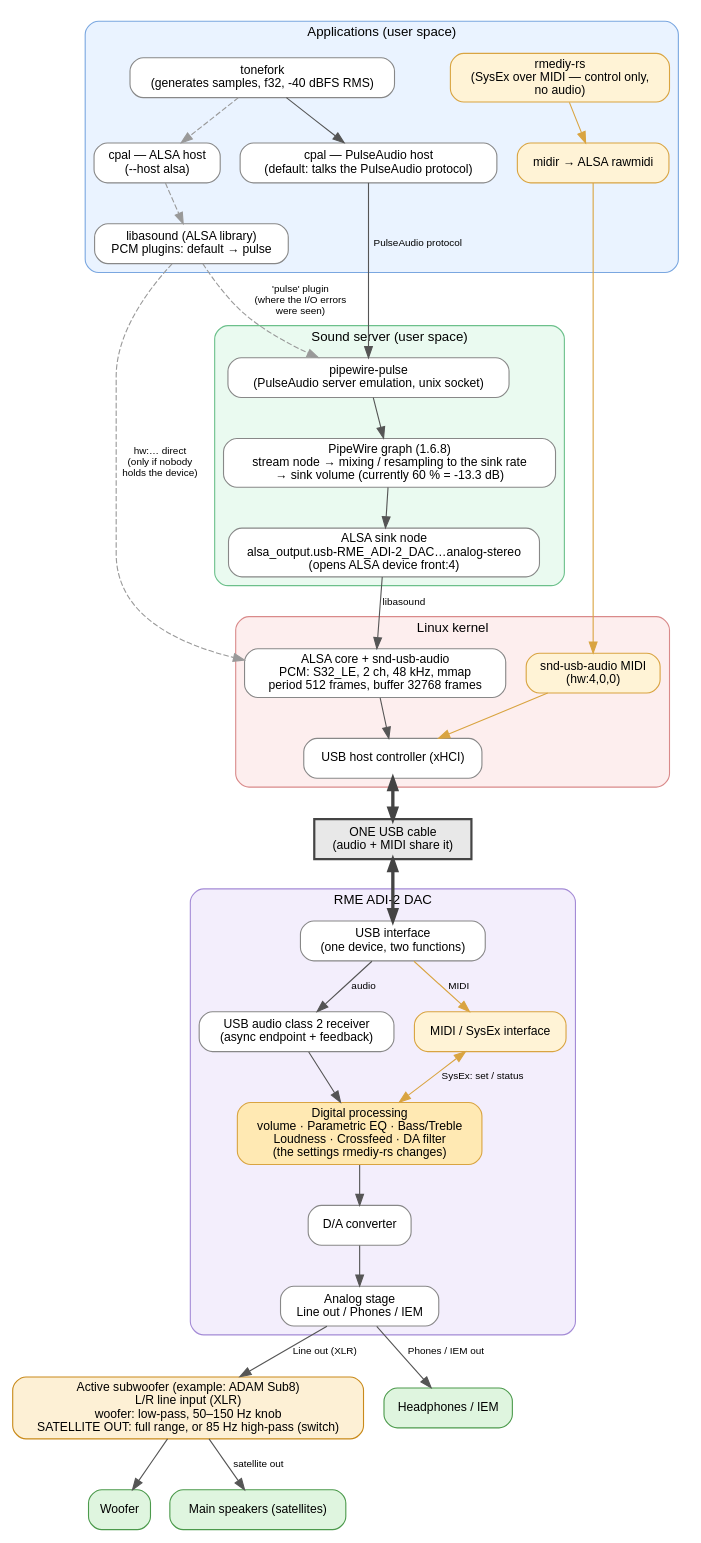
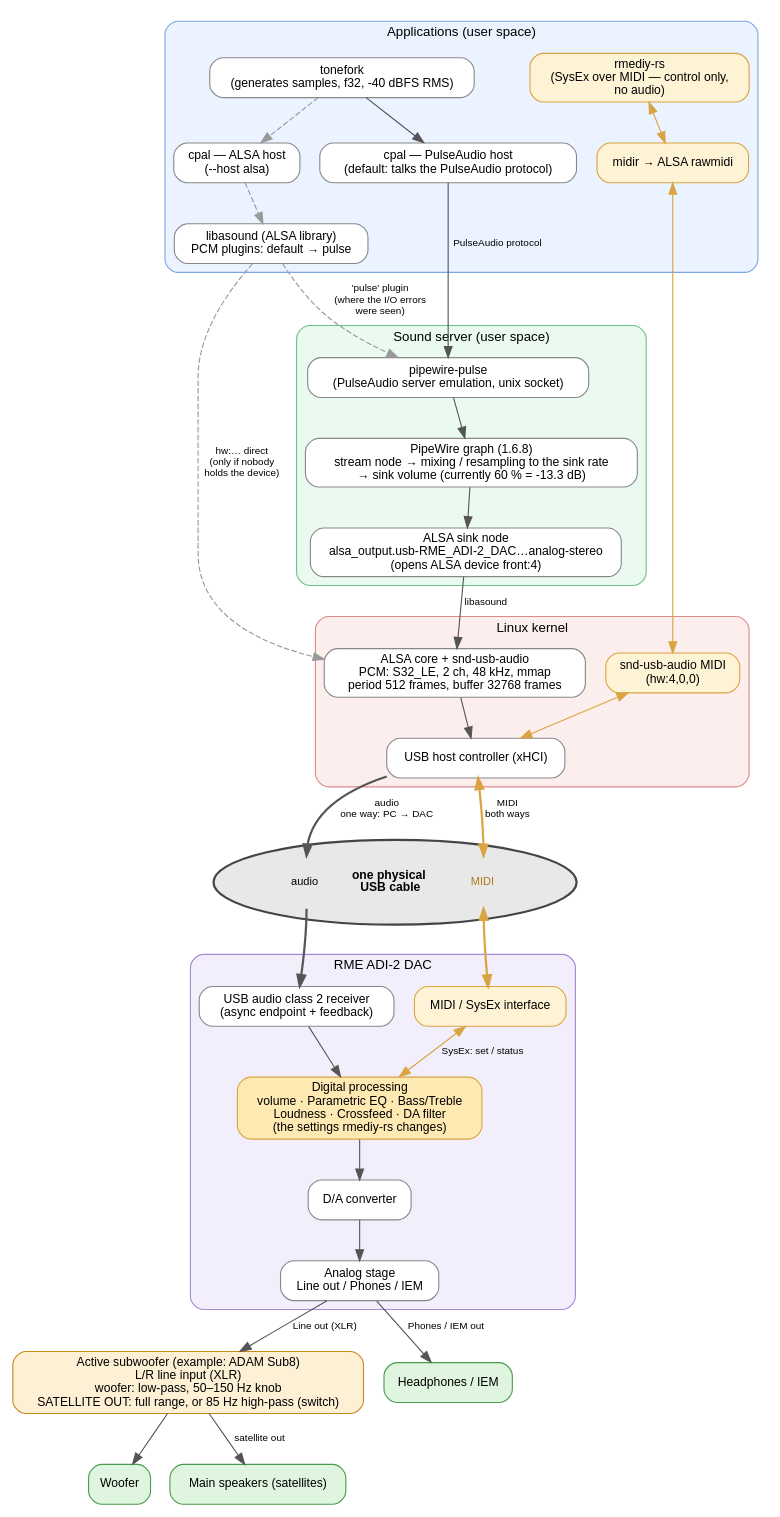
Before and after one commit to asyd/tonefork: the diagram in docs/audio-path.dot, drawn with Graphviz. The commit also changed 2 other files, not shown here.

Commit message:
Audio path diagram: two logical links in one USB cable; audio one-way, MIDI two-way

```diff
--- a/docs/audio-path.dot
+++ b/docs/audio-path.dot
@@ -1,81 +1,85 @@
 // Render: dot -Tsvg audio-path.dot -o audio-path.svg
 digraph audio_path {
   rankdir=TB;
   fontname="Helvetica"; fontsize=12;
   node [shape=box, style="rounded,filled", fontname="Helvetica", fontsize=11, fillcolor="#f4f4f4", color="#888888"];
   edge [fontname="Helvetica", fontsize=9, color="#555555"];
   compound=true;
 
   subgraph cluster_app {
     label="Applications (user space)"; style="rounded,filled"; fillcolor="#eaf3ff"; color="#7aa7e0";
     tonefork [label="tonefork\n(generates samples, f32, -40 dBFS RMS)", fillcolor="#ffffff"];
     cpal_pulse [label="cpal — PulseAudio host\n(default: talks the PulseAudio protocol)", fillcolor="#ffffff"];
     cpal_alsa [label="cpal — ALSA host\n(--host alsa)", fillcolor="#ffffff"];
     libasound [label="libasound (ALSA library)\nPCM plugins: default → pulse", fillcolor="#ffffff"];
     rmediy [label="rmediy-rs\n(SysEx over MIDI — control only,\nno audio)", fillcolor="#fff3d6", color="#d9a441"];
     midir [label="midir → ALSA rawmidi", fillcolor="#fff3d6", color="#d9a441"];
   }
 
   subgraph cluster_server {
     label="Sound server (user space)"; style="rounded,filled"; fillcolor="#eafaf0"; color="#6cc08b";
     pwpulse [label="pipewire-pulse\n(PulseAudio server emulation, unix socket)", fillcolor="#ffffff"];
     graph_ [label="PipeWire graph (1.6.8)\nstream node → mixing / resampling to the sink rate\n→ sink volume (currently 60 % = -13.3 dB)", fillcolor="#ffffff"];
     sink [label="ALSA sink node\nalsa_output.usb-RME_ADI-2_DAC…analog-stereo\n(opens ALSA device front:4)", fillcolor="#ffffff"];
   }
 
   subgraph cluster_kernel {
     label="Linux kernel"; style="rounded,filled"; fillcolor="#fdeeee"; color="#d98a8a";
     sndusb [label="ALSA core + snd-usb-audio\nPCM: S32_LE, 2 ch, 48 kHz, mmap\nperiod 512 frames, buffer 32768 frames", fillcolor="#ffffff"];
     usbmidi [label="snd-usb-audio MIDI\n(hw:4,0,0)", fillcolor="#fff3d6", color="#d9a441"];
     xhci [label="USB host controller (xHCI)", fillcolor="#ffffff"];
   }
 
-  // One physical cable: audio and MIDI travel together and are separated inside the DAC.
-  cable [label="ONE USB cable\n(audio + MIDI share it)", shape=box, style="filled", fillcolor="#e8e8e8", color="#444444", penwidth=2];
+  // One physical cable: audio and MIDI are two logical links inside the same circle.
+  cable [shape=ellipse, style=filled, fillcolor="#e8e8e8", color="#444444", penwidth=2, margin="0.15,0.05",
+         label=<<TABLE BORDER="0" CELLBORDER="0" CELLSPACING="0" CELLPADDING="2">
+                  <TR><TD PORT="audio" WIDTH="50" HEIGHT="46"><FONT POINT-SIZE="10">audio</FONT></TD>
+                      <TD WIDTH="110"><FONT POINT-SIZE="11"><B>one physical<BR/>USB cable</B></FONT></TD>
+                      <TD PORT="midi" WIDTH="50" HEIGHT="46"><FONT POINT-SIZE="10" COLOR="#b07a1a">MIDI</FONT></TD></TR>
+                </TABLE>>];
 
   subgraph cluster_dac {
     label="RME ADI-2 DAC"; style="rounded,filled"; fillcolor="#f3eefc"; color="#a48bd6";
-    usbif [label="USB interface\n(one device, two functions)", fillcolor="#ffffff"];
     usbrx [label="USB audio class 2 receiver\n(async endpoint + feedback)", fillcolor="#ffffff"];
     dsp [label="Digital processing\nvolume · Parametric EQ · Bass/Treble\nLoudness · Crossfeed · DA filter\n(the settings rmediy-rs changes)", fillcolor="#ffe9b3", color="#d9a441"];
     dac [label="D/A converter", fillcolor="#ffffff"];
     analog [label="Analog stage\nLine out / Phones / IEM", fillcolor="#ffffff"];
     midirx [label="MIDI / SysEx interface", fillcolor="#fff3d6", color="#d9a441"];
   }
 
   // Example of an analog chain: active subwoofer with satellite outputs (ADAM Sub8 manual).
   subwoofer [label="Active subwoofer (example: ADAM Sub8)\nL/R line input (XLR)\nwoofer: low-pass, 50–150 Hz knob\nSATELLITE OUT: full range, or 85 Hz high-pass (switch)", shape=box, style="rounded,filled", fillcolor="#fdf0d5", color="#c98a1a"];
   woofer [label="Woofer", shape=box, style="rounded,filled", fillcolor="#dff5df", color="#4c9a4c"];
   sats [label="Main speakers (satellites)", shape=box, style="rounded,filled", fillcolor="#dff5df", color="#4c9a4c"];
   phones [label="Headphones / IEM", shape=box, style="rounded,filled", fillcolor="#dff5df", color="#4c9a4c"];
 
   analog -> subwoofer [label="Line out (XLR)"];
   subwoofer -> woofer;
   subwoofer -> sats [label="satellite out"];
   analog -> phones [label="Phones / IEM out"];
 
   // Default audio path
   tonefork -> cpal_pulse;
   cpal_pulse -> pwpulse [label="PulseAudio protocol"];
   pwpulse -> graph_;
   graph_ -> sink;
   sink -> sndusb [label="libasound"];
   sndusb -> xhci;
-  xhci -> cable [penwidth=3, color="#444444", dir=both];
-  cable -> usbif [penwidth=3, color="#444444", dir=both];
-  usbif -> usbrx [label="audio"];
+  xhci -> cable:audio:n [penwidth=2, color="#555555", label="audio\none way: PC → DAC"];
+  cable:audio:s -> usbrx [penwidth=2, color="#555555"];
   usbrx -> dsp -> dac -> analog;
 
   // Alternative ALSA path
   tonefork -> cpal_alsa [style=dashed, color="#999999"];
   cpal_alsa -> libasound [style=dashed, color="#999999"];
   libasound -> pwpulse [style=dashed, color="#999999", label="'pulse' plugin\n(where the I/O errors\nwere seen)"];
   libasound -> sndusb [style=dashed, color="#999999", label="hw:… direct\n(only if nobody\nholds the device)"];
 
   // Control path
-  rmediy -> midir [color="#d9a441"];
-  midir -> usbmidi [color="#d9a441"];
-  usbmidi -> xhci [color="#d9a441"];
-  usbif -> midirx [color="#d9a441", label="MIDI"];
+  rmediy -> midir [color="#d9a441", dir=both];
+  midir -> usbmidi [color="#d9a441", dir=both];
+  usbmidi -> xhci [color="#d9a441", dir=both];
+  xhci -> cable:midi:n [penwidth=2, color="#d9a441", dir=both, label="MIDI\nboth ways"];
+  cable:midi:s -> midirx [penwidth=2, color="#d9a441", dir=both];
   midirx -> dsp [color="#d9a441", label="SysEx: set / status", dir=both];
 }
```
